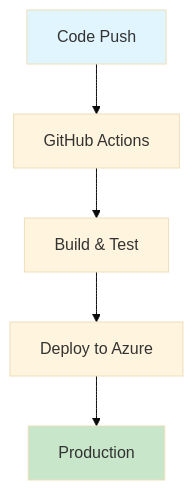
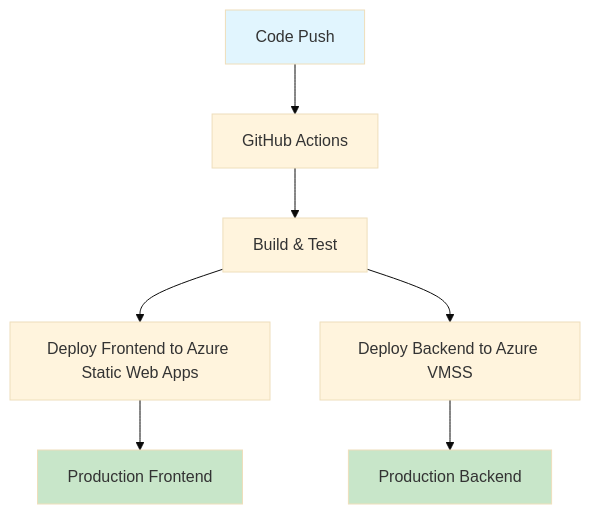
The first of 5 diagrams in CI_CD_DIAGRAMS.md (LargeWC-Code/TrustaSitter), drawn with Mermaid (base theme) before and after one commit. The commit also changed other lines of this file, not shown here.

Commit message:
changed: diagram

````diff
--- a/CI_CD_DIAGRAMS.md
+++ b/CI_CD_DIAGRAMS.md
@@ -5,10 +6,13 @@
 ```mermaid
 graph TD
     A[Code Push] --> B[GitHub Actions]
     B --> C[Build & Test]
-    C --> D[Deploy to Azure]
-    D --> E[Production]
+    C --> D[Deploy Frontend to Azure Static Web Apps]
+    C --> E[Deploy Backend to Azure VMSS]
+    D --> F[Production Frontend]
+    E --> G[Production Backend]
     
     style A fill:#e1f5fe
-    style E fill:#c8e6c9
+    style F fill:#c8e6c9
+    style G fill:#c8e6c9
 ```
````
